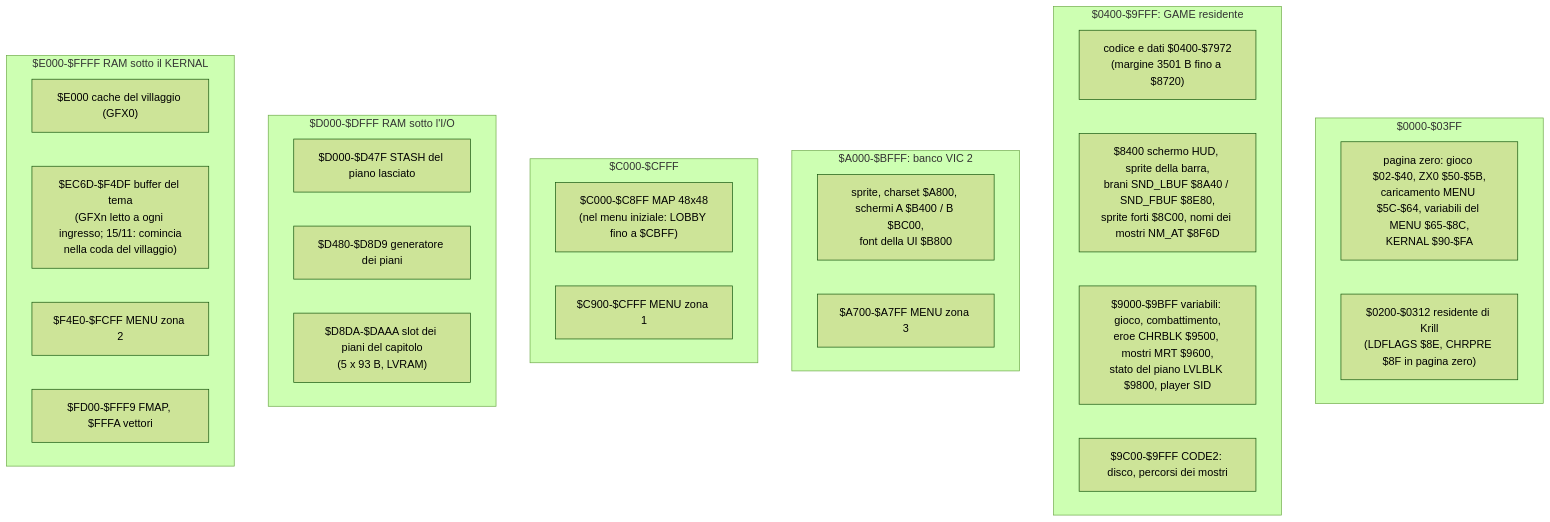
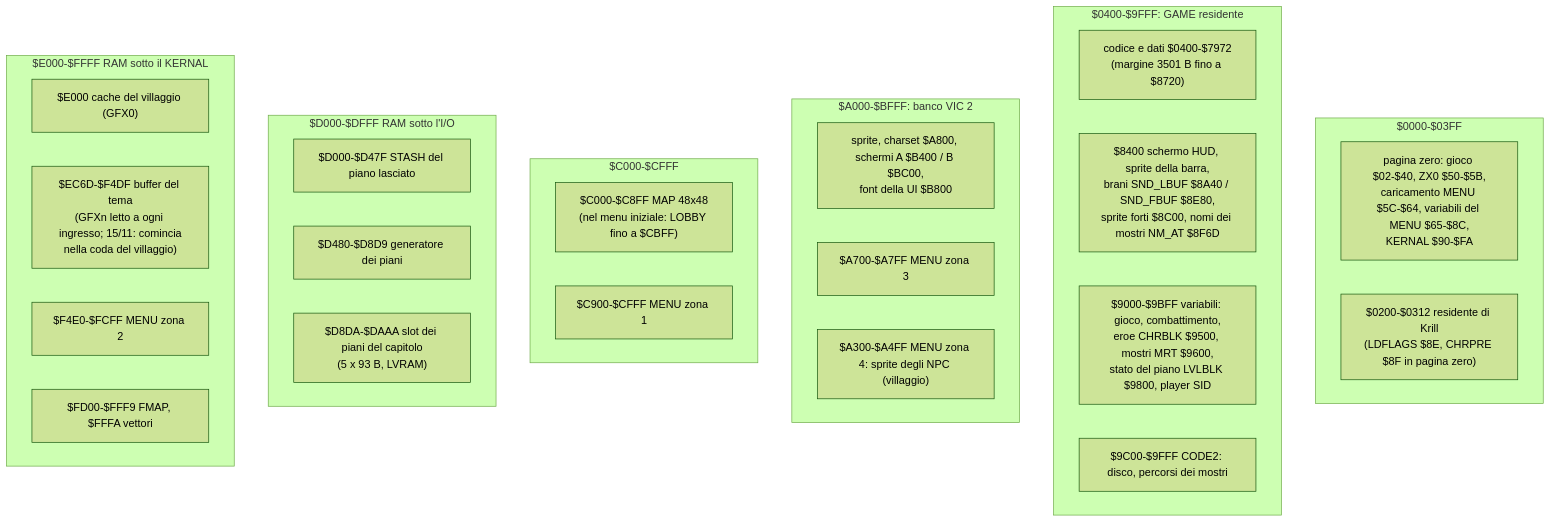
The third of 4 diagrams in docs/wiki/architettura.md (caporalesimone/barbarian-the-blood-path), drawn with Mermaid (forest theme) before and after one commit. The commit also changed other lines of this file and 23 other files, not shown here.

First line of the commit message:
NPC del villaggio: 4 disegni propri e colori diversi dal terreno

````diff
--- a/docs/wiki/architettura.md
+++ b/docs/wiki/architettura.md
@@ -163,32 +163,33 @@
 ```mermaid
 flowchart TB
     subgraph R0["$0000-$03FF"]
         ZP["pagina zero: gioco $02-$40, ZX0 $50-$5B,<br/>caricamento MENU $5C-$64, variabili del MENU $65-$8C,<br/>KERNAL $90-$FA"]
         LDF["$0200-$0312 residente di Krill<br/>(LDFLAGS $8E, CHRPRE $8F in pagina zero)"]
     end
     subgraph R1["$0400-$9FFF: GAME residente"]
         CODE["codice e dati $0400-$7972<br/>(margine 3501 B fino a $8720)"]
         HUDS["$8400 schermo HUD, sprite della barra,<br/>brani SND_LBUF $8A40 / SND_FBUF $8E80,<br/>sprite forti $8C00, nomi dei mostri NM_AT $8F6D"]
         VARS["$9000-$9BFF variabili: gioco, combattimento,<br/>eroe CHRBLK $9500, mostri MRT $9600,<br/>stato del piano LVLBLK $9800, player SID"]
         C2["$9C00-$9FFF CODE2: disco, percorsi dei mostri"]
     end
     subgraph R2["$A000-$BFFF: banco VIC 2"]
         VIC["sprite, charset $A800, schermi A $B400 / B $BC00,<br/>font della UI $B800"]
         Z3["$A700-$A7FF MENU zona 3"]
+        Z4["$A300-$A4FF MENU zona 4: sprite degli NPC (villaggio)"]
     end
     subgraph R3["$C000-$CFFF"]
         MAP["$C000-$C8FF MAP 48x48<br/>(nel menu iniziale: LOBBY fino a $CBFF)"]
         Z1["$C900-$CFFF MENU zona 1"]
     end
     subgraph R4["$D000-$DFFF RAM sotto l'I/O"]
         STA["$D000-$D47F STASH del piano lasciato"]
         GEN["$D480-$D8D9 generatore dei piani"]
         SLT["$D8DA-$DAAA slot dei piani del capitolo<br/>(5 x 93 B, LVRAM)"]
     end
     subgraph R5["$E000-$FFFF RAM sotto il KERNAL"]
         CT["$E000 cache del villaggio (GFX0)"]
         CD["$EC6D-$F4DF buffer del tema<br/>(GFXn letto a ogni ingresso; 15/11: comincia<br/>nella coda del villaggio)"]
         Z2["$F4E0-$FCFF MENU zona 2"]
         FM["$FD00-$FFF9 FMAP, $FFFA vettori"]
     end
 ```
````
